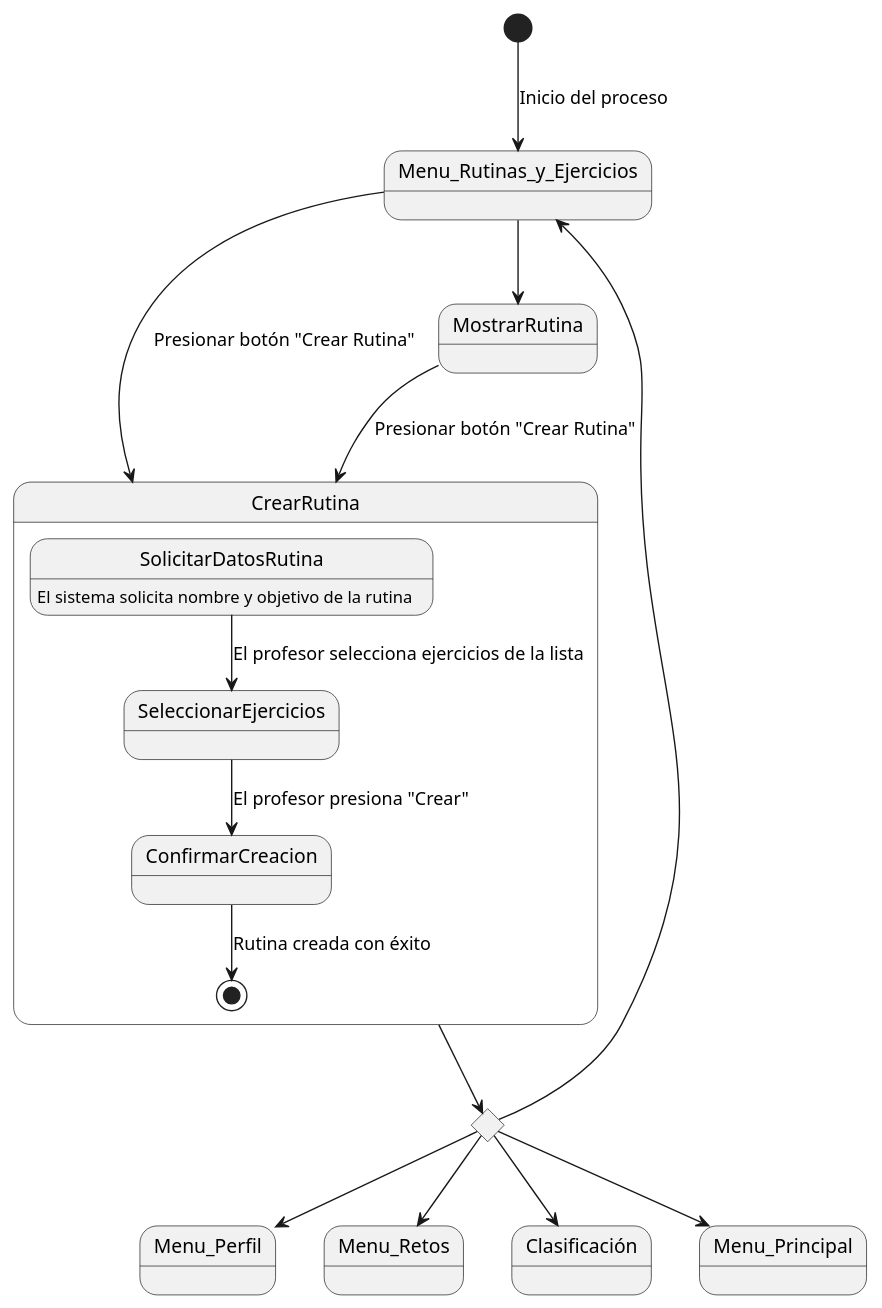
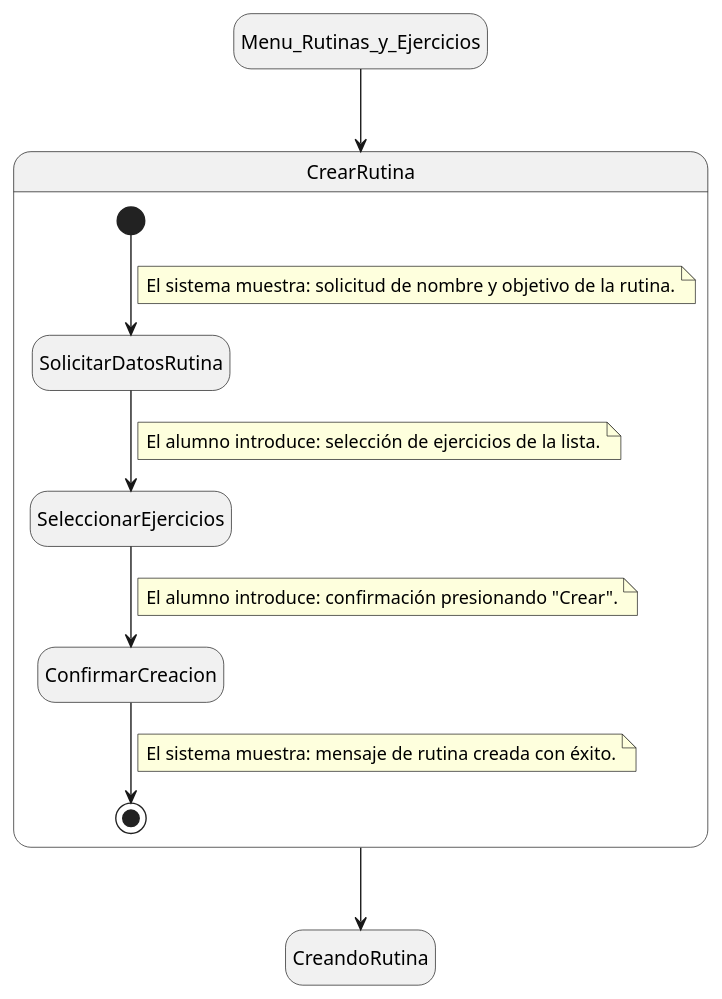
Before and after one commit to mmasias/24-25-IdSw1-SDR: the diagram in Documentos/DetallarCasosDeUso/Alumno/CrearRutina.puml, drawn with PlantUML.

```diff
--- a/Documentos/DetallarCasosDeUso/Alumno/CrearRutina.puml
+++ b/Documentos/DetallarCasosDeUso/Alumno/CrearRutina.puml
@@ -1,21 +1,30 @@
 @startuml
-[*] --> Menu_Rutinas_y_Ejercicios : Inicio del proceso
-state rombo <<choice>>
-rombo --> Menu_Perfil
-rombo --> Menu_Retos
-rombo --> Clasificación
-rombo --> Menu_Rutinas_y_Ejercicios
-rombo --> Menu_Principal
 
-Menu_Rutinas_y_Ejercicios --> CrearRutina : Presionar botón "Crear Rutina"
-Menu_Rutinas_y_Ejercicios --> MostrarRutina
-MostrarRutina --> CrearRutina: Presionar botón "Crear Rutina"
-CrearRutina --> rombo
+
+Menu_Rutinas_y_Ejercicios --> CrearRutina
 
 state CrearRutina {
-  SolicitarDatosRutina : El sistema solicita nombre y objetivo de la rutina
-  SolicitarDatosRutina --> SeleccionarEjercicios : El profesor selecciona ejercicios de la lista
-  SeleccionarEjercicios --> ConfirmarCreacion : El profesor presiona "Crear"
-  ConfirmarCreacion --> [*] : Rutina creada con éxito
+  hide empty description
+
+  [*] --> SolicitarDatosRutina
+  note on link
+      El sistema muestra: solicitud de nombre y objetivo de la rutina.
+  end note
+
+  SolicitarDatosRutina --> SeleccionarEjercicios
+  note on link
+      El alumno introduce: selección de ejercicios de la lista.
+  end note
+
+  SeleccionarEjercicios --> ConfirmarCreacion
+  note on link
+      El alumno introduce: confirmación presionando "Crear".
+  end note
+
+  ConfirmarCreacion --> [*]
+  note on link
+      El sistema muestra: mensaje de rutina creada con éxito.
+  end note
 }
+CrearRutina --> CreandoRutina
 @enduml
```
